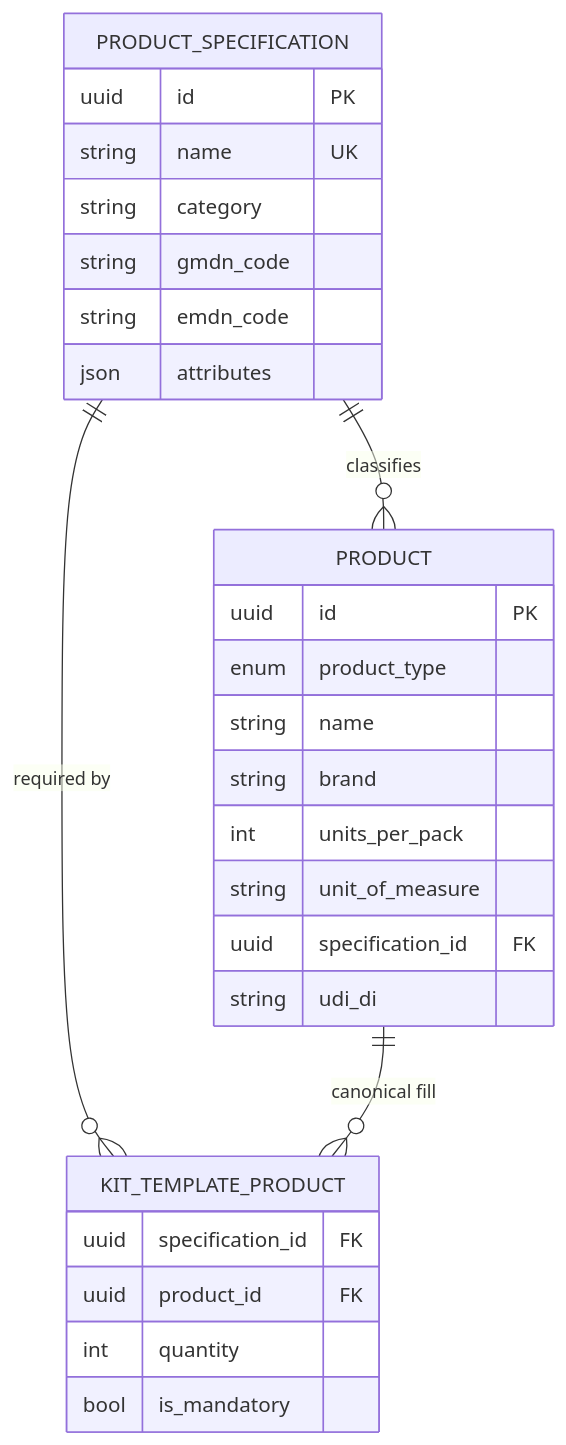
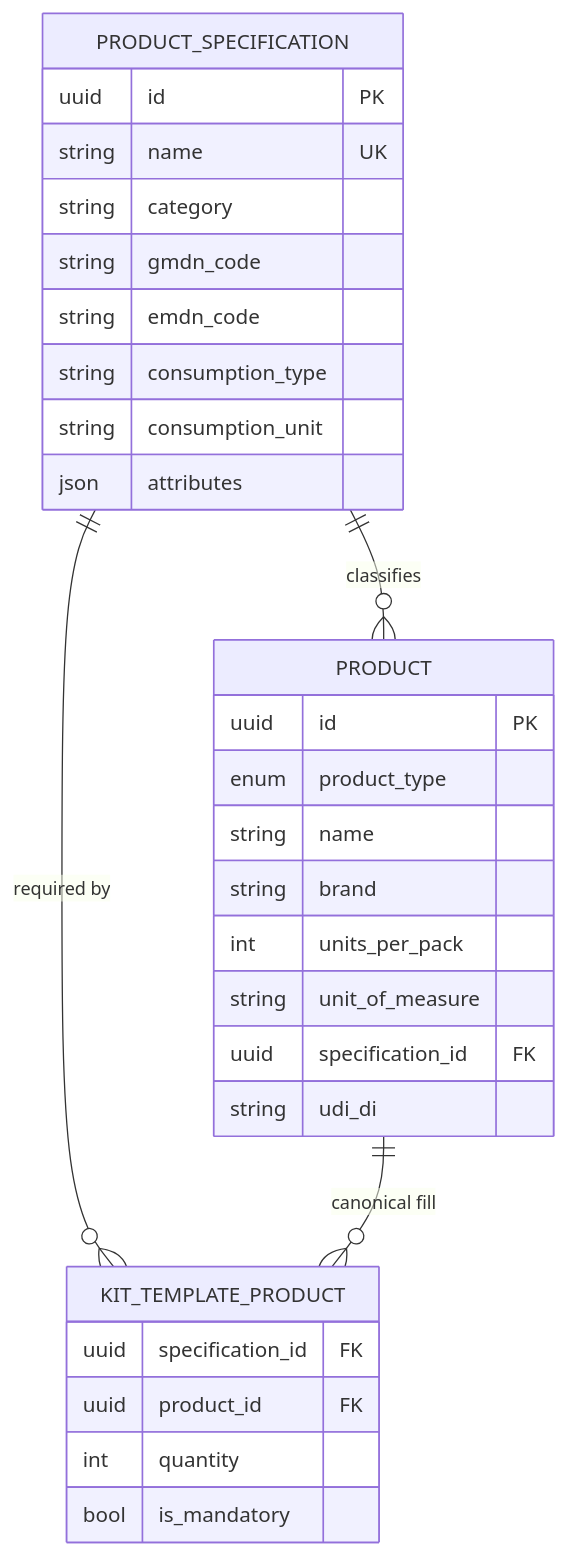
Before and after one commit to Kanousei-ME/compliance-metadata-ontology: the diagram in docs/ERD.md, drawn with Mermaid. The commit also changed 3 other files, not shown here.

Commit message:
Add units of usage to specification (consumption_type, consumption_unit)

````diff
--- a/docs/ERD.md
+++ b/docs/ERD.md
@@ -3,31 +3,33 @@
 ```mermaid
 erDiagram
     PRODUCT_SPECIFICATION ||--o{ PRODUCT : classifies
     PRODUCT_SPECIFICATION ||--o{ KIT_TEMPLATE_PRODUCT : "required by"
     PRODUCT ||--o{ KIT_TEMPLATE_PRODUCT : "canonical fill"
 
     PRODUCT_SPECIFICATION {
         uuid id PK
         string name UK
         string category
         string gmdn_code
         string emdn_code
+        string consumption_type
+        string consumption_unit
         json attributes
     }
     PRODUCT {
         uuid id PK
         enum product_type
         string name
         string brand
         int units_per_pack
         string unit_of_measure
         uuid specification_id FK
         string udi_di
     }
     KIT_TEMPLATE_PRODUCT {
         uuid specification_id FK
         uuid product_id FK
         int quantity
         bool is_mandatory
     }
 ```
````
